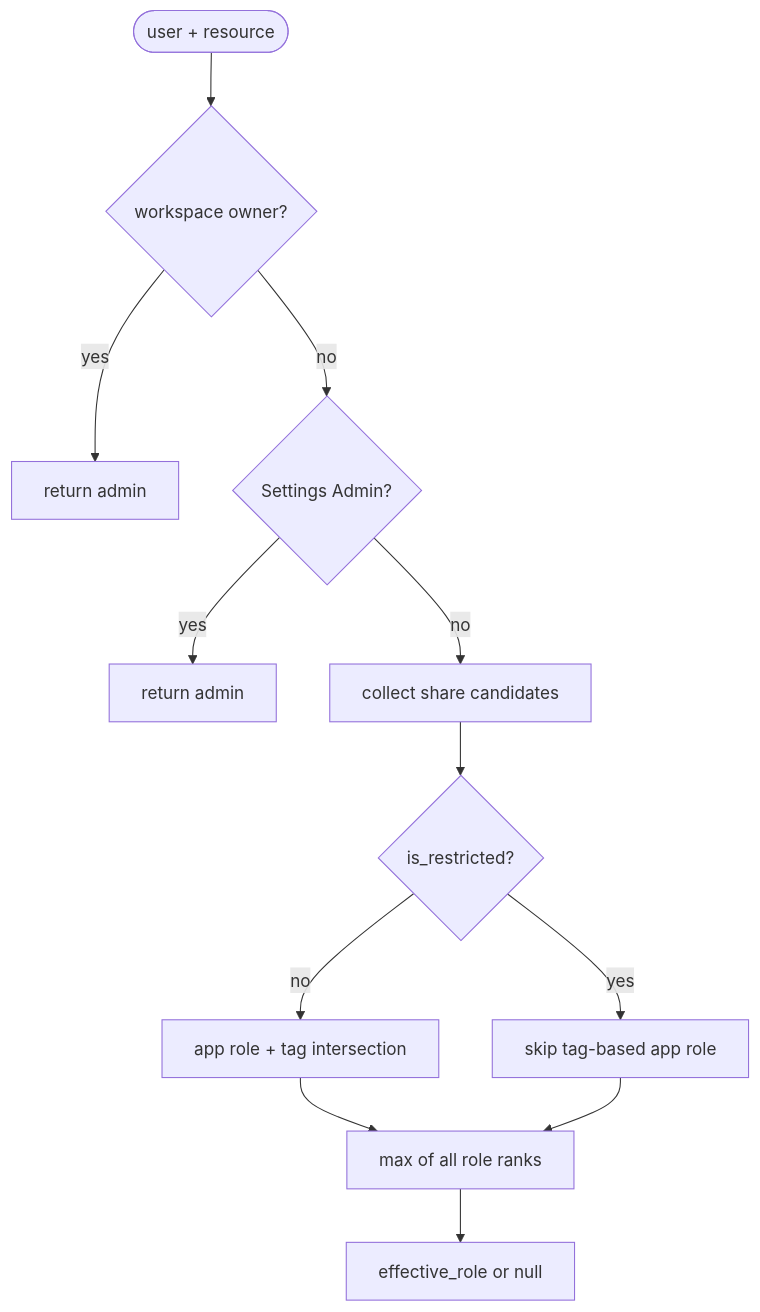
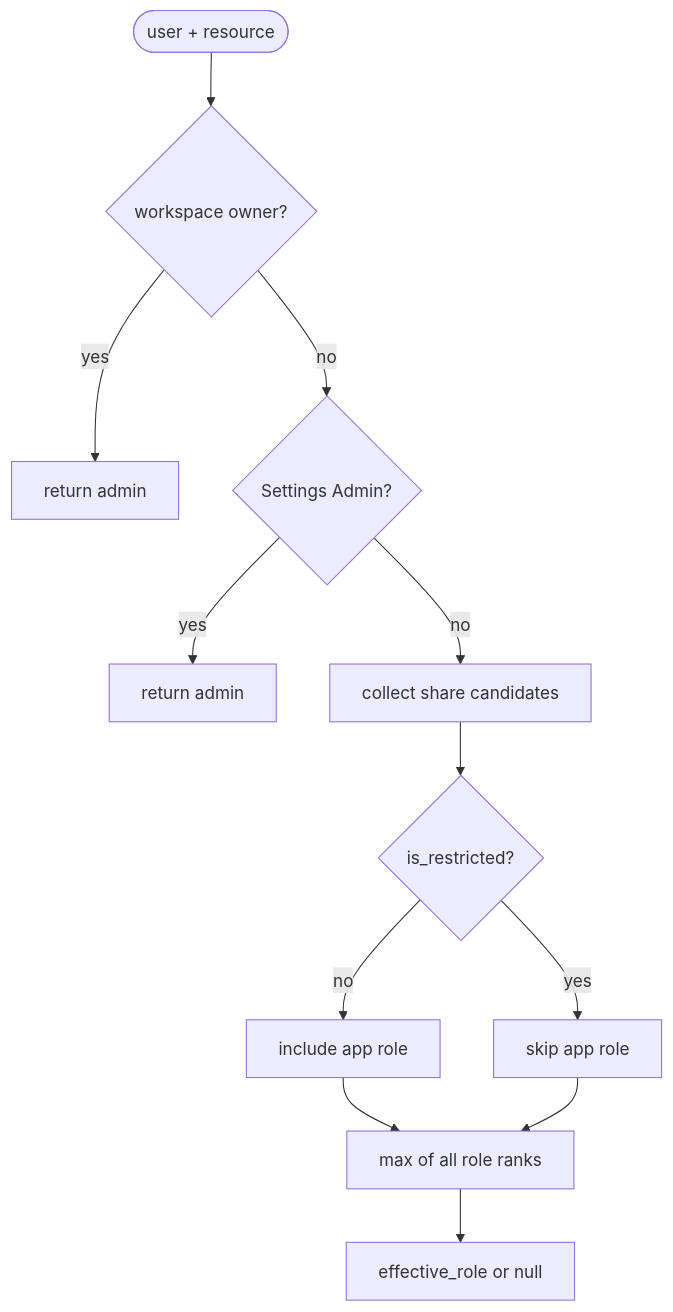
One commit to AvandarLabs/avandar changed the first of 3 diagrams in docs/permissions-architecture.md. Above: the diagram before and after it, drawn with Mermaid. The commit also changed other lines of this file and 1 other file, not shown here.

First line of the commit message:
permissions: refresh architecture doc + harden drop migration

````diff
--- a/docs/permissions-architecture.md
+++ b/docs/permissions-architecture.md
@@ -96,14 +101,14 @@
 ```mermaid
 flowchart TD
   start([user + resource]) --> owner{workspace owner?}
   owner -->|yes| admin1[return admin]
   owner -->|no| settings{Settings Admin?}
   settings -->|yes| admin2[return admin]
   settings -->|no| shares[collect share candidates]
   shares --> restricted{is_restricted?}
-  restricted -->|no| tags[app role + tag intersection]
-  restricted -->|yes| skipTags[skip tag-based app role]
-  tags --> max[max of all role ranks]
-  skipTags --> max
+  restricted -->|no| appRole[include app role]
+  restricted -->|yes| skipAppRole[skip app role]
+  appRole --> max[max of all role ranks]
+  skipAppRole --> max
   max --> out[effective_role or null]
 ```
````
